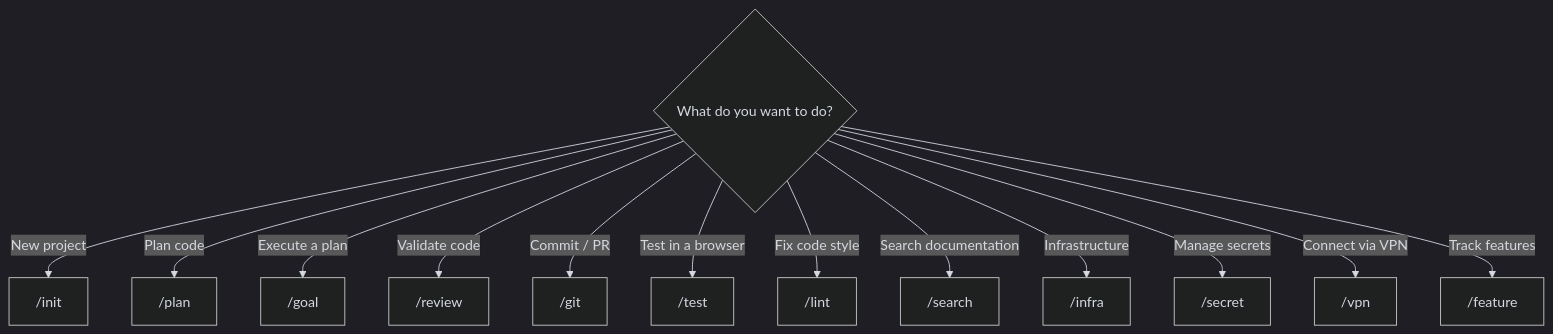
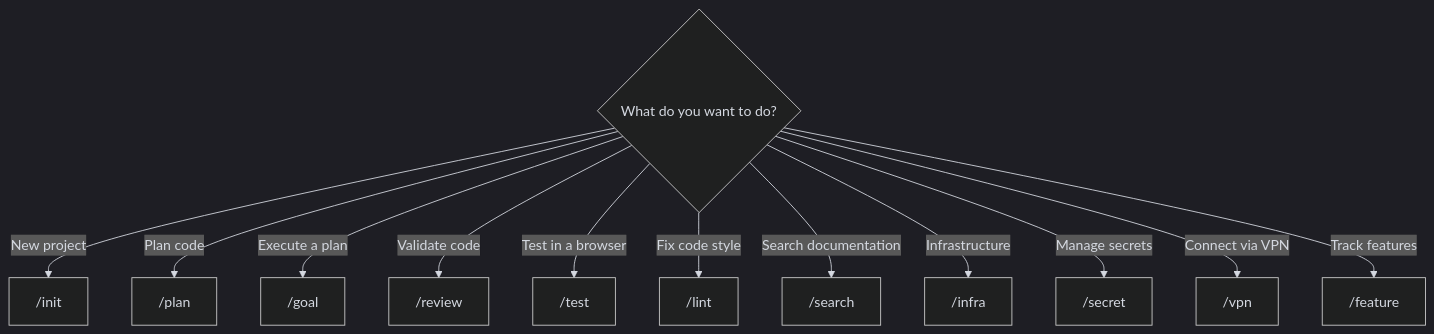
Before and after one commit to kodflow/devcontainer-template: the diagram in docs/commands/README.md, drawn with Mermaid. The commit also changed other lines of this file and 16 other files, not shown here.

````diff
--- a/docs/commands/README.md
+++ b/docs/commands/README.md
@@ -7,23 +7,22 @@
 ```mermaid
 %%{init: {'theme': 'dark', 'themeVariables': {
   'primaryColor': '#9D76FB1a',
   'primaryBorderColor': '#9D76FB',
   'primaryTextColor': '#d4d8e0',
   'lineColor': '#d4d8e0',
   'textColor': '#d4d8e0'
 }}}%%
 flowchart TD
     Q{What do you want to do?}
     Q -->|New project| A["/init"]
     Q -->|Plan code| B["/plan"]
     Q -->|Execute a plan| C["/goal"]
     Q -->|Validate code| D["/review"]
-    Q -->|Commit / PR| E["/git"]
     Q -->|Test in a browser| F["/test"]
     Q -->|Fix code style| G["/lint"]
     Q -->|Search documentation| H["/search"]
     Q -->|Infrastructure| J["/infra"]
     Q -->|Manage secrets| K["/secret"]
     Q -->|Connect via VPN| L["/vpn"]
     Q -->|Track features| M["/feature"]
 ```
````
